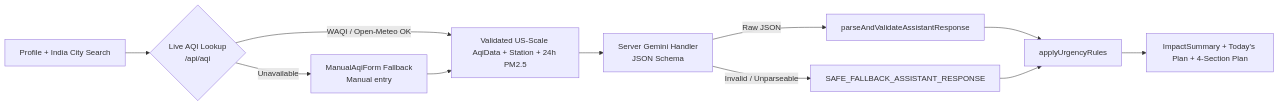
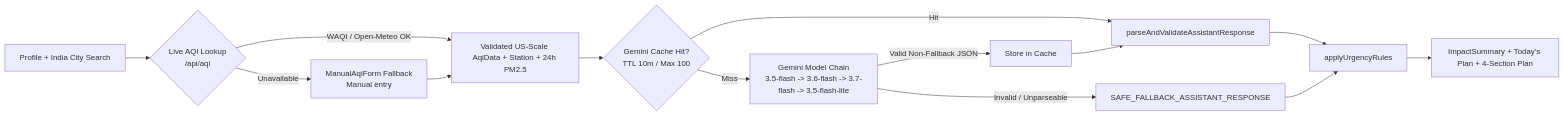
One commit to Abhinay2244/urban-air-quality-assistant changed the diagram in README.md. Above: the diagram before and after it, drawn with Mermaid. The commit also changed other lines of this file and 2 other files, not shown here.

````diff
--- a/README.md
+++ b/README.md
@@ -16,13 +16,16 @@
 ```mermaid
 flowchart LR
   A[Profile + India City Search] --> B{Live AQI Lookup<br/>/api/aqi}
   B -->|WAQI / Open-Meteo OK| D[Validated US-Scale AqiData + Station + 24h PM2.5]
   B -->|Unavailable| C[ManualAqiForm Fallback<br/>Manual entry]
   C --> D
-  D --> E[Server Gemini Handler<br/>JSON Schema]
-  E -->|Raw JSON| F[parseAndValidateAssistantResponse]
-  E -->|Invalid / Unparseable| G[SAFE_FALLBACK_ASSISTANT_RESPONSE]
-  F --> H[applyUrgencyRules]
-  G --> H
-  H --> I[ImpactSummary + Today's Plan + 4-Section Plan]
+  D --> E{Gemini Cache Hit?<br/>TTL 10m / Max 100}
+  E -->|Hit| G[parseAndValidateAssistantResponse]
+  E -->|Miss| F[Gemini Model Chain<br/>3.5-flash -> 3.6-flash -> 3.7-flash -> 3.5-flash-lite]
+  F -->|Valid Non-Fallback JSON| H[Store in Cache]
+  H --> G
+  F -->|Invalid / Unparseable| I[SAFE_FALLBACK_ASSISTANT_RESPONSE]
+  G --> J[applyUrgencyRules]
+  I --> J
+  J --> K[ImpactSummary + Today's Plan + 4-Section Plan]
 ```
````
